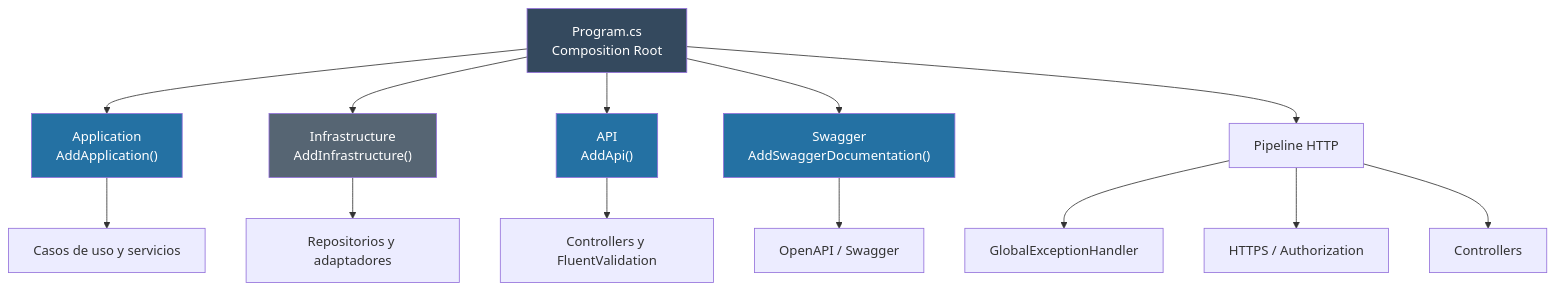
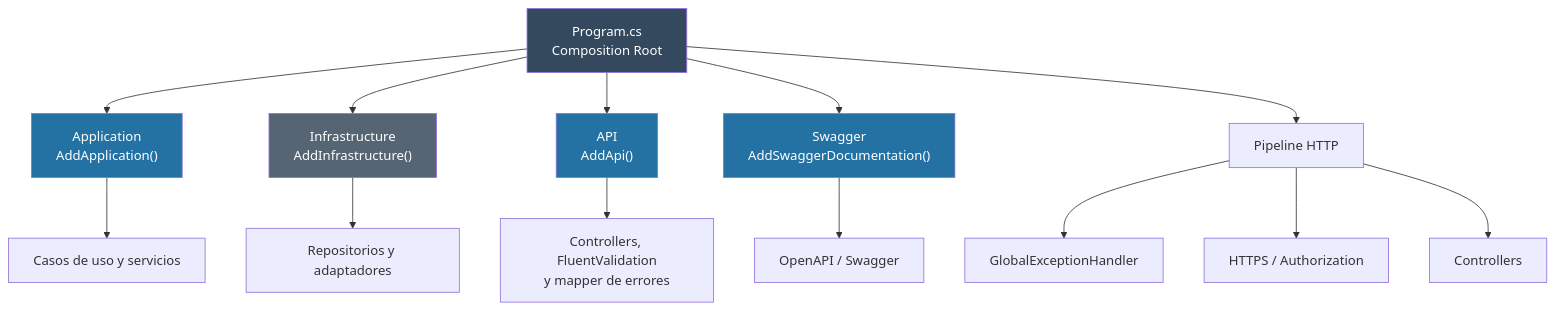
One commit to MLahuasi/FEPP-ContaOps changed the second of 9 diagrams in specs/implementation/01-base-api-arquitectura-impl.md. Above: the diagram before and after it, drawn with Mermaid. The commit also changed other lines of this file and 9 other files, not shown here.

````diff
--- a/specs/implementation/01-base-api-arquitectura-impl.md
+++ b/specs/implementation/01-base-api-arquitectura-impl.md
@@ -76,25 +76,25 @@
 ```mermaid
 flowchart TD
     A["Program.cs<br/>Composition Root"]
 
     A --> B["Application<br/>AddApplication()"]
     A --> C["Infrastructure<br/>AddInfrastructure()"]
     A --> D["API<br/>AddApi()"]
     A --> E["Swagger<br/>AddSwaggerDocumentation()"]
 
     B --> F["Casos de uso y servicios"]
     C --> G["Repositorios y adaptadores"]
-    D --> H["Controllers y FluentValidation"]
+    D --> H["Controllers, FluentValidation<br/>y mapper de errores"]
     E --> I["OpenAPI / Swagger"]
 
     A --> J["Pipeline HTTP"]
     J --> K["GlobalExceptionHandler"]
     J --> L["HTTPS / Authorization"]
     J --> M["Controllers"]
 
     style A fill:#34495e,color:#fff
     style B fill:#2471a3,color:#fff
     style C fill:#566573,color:#fff
     style D fill:#2471a3,color:#fff
     style E fill:#2471a3,color:#fff
 ```
````
